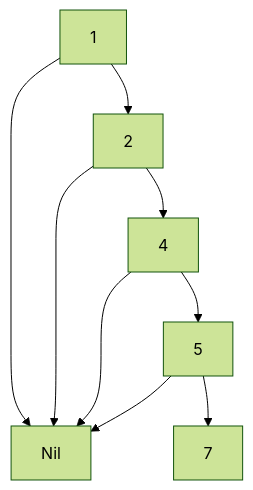
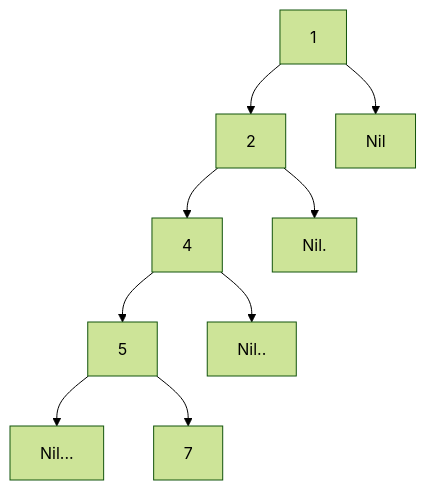
The second of 2 diagrams in ch_05 ２分木探索.md (kn201905/Haskell), drawn with Mermaid (forest theme) before and after one commit.

````diff
--- a/ch_05 ２分木探索.md
+++ b/ch_05 ２分木探索.md
@@ -122,11 +122,11 @@
 ```mermaid
 graph TD
     1 --> Nil
     1 --> 2
-    2 --> Nil
+    2 --> Nil.
     2 --> 4
-    4 --> Nil
+    4 --> Nil..
     4 --> 5
-    5 --> Nil
+    5 --> Nil...
     5 --> 7
 ```
````
